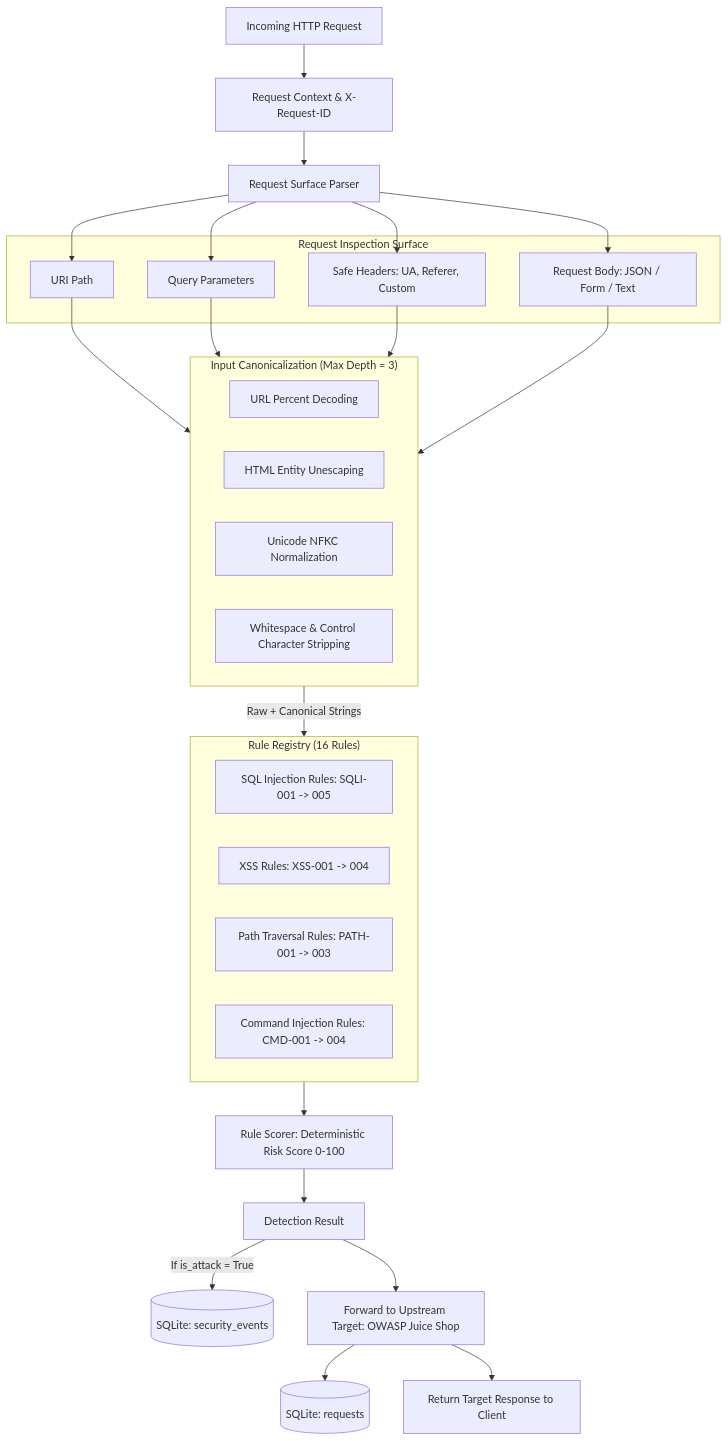
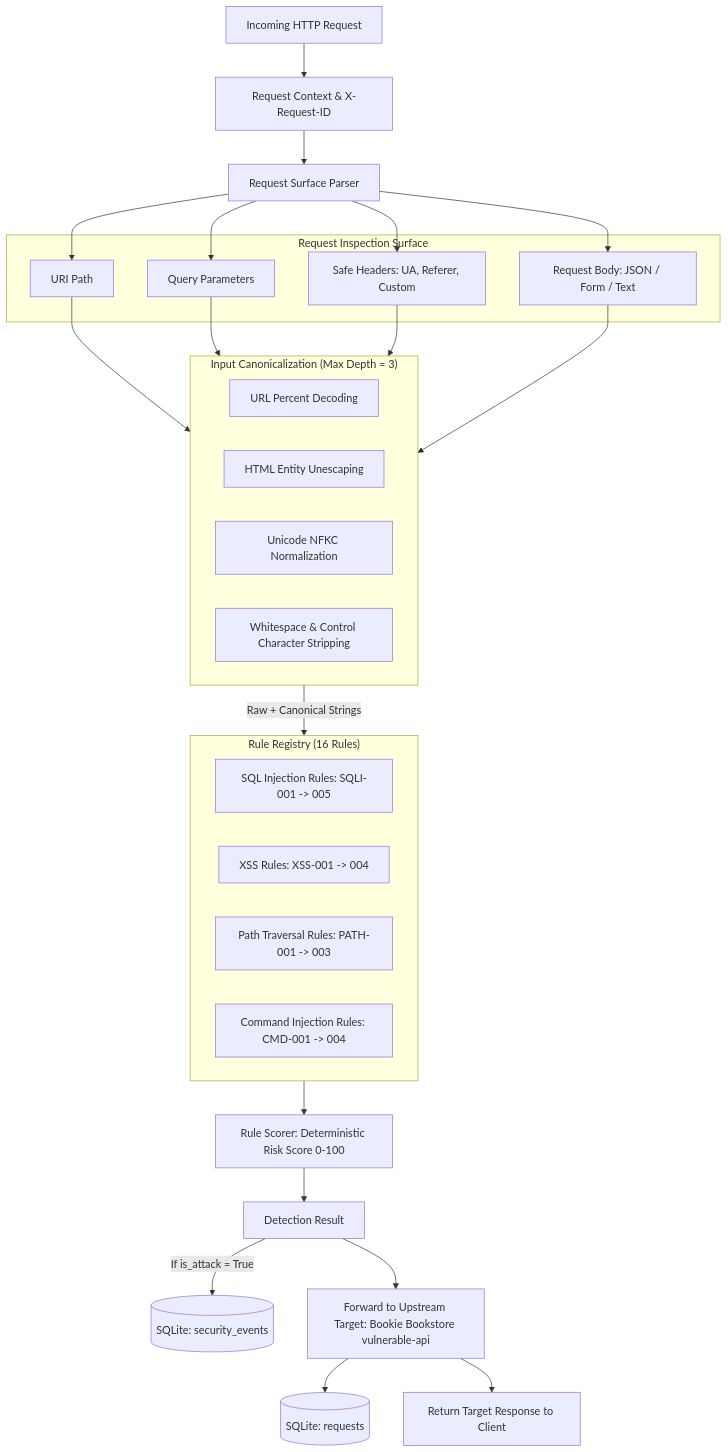
One commit to vcongggggg/pbl6 changed the diagram in docs/RULE_ENGINE.md. Above: the diagram before and after it, drawn with Mermaid. The commit also changed other lines of this file and 2 other files, not shown here.

Commit message:
docs(rules): add anti-drift, doc sync and service identity rules; clean legacy juice shop references

````diff
--- a/docs/RULE_ENGINE.md
+++ b/docs/RULE_ENGINE.md
@@ -18,40 +18,40 @@
 ```mermaid
 flowchart TD
     Req[Incoming HTTP Request] --> Ctx[Request Context & X-Request-ID]
     Ctx --> Parse[Request Surface Parser]
     
     subgraph Inspection_Surface["Request Inspection Surface"]
         P[URI Path]
         Q[Query Parameters]
         H[Safe Headers: UA, Referer, Custom]
         B[Request Body: JSON / Form / Text]
     end
     
     Parse --> P & Q & H & B
     
     subgraph Normalizer["Input Canonicalization (Max Depth = 3)"]
         N1[URL Percent Decoding]
         N2[HTML Entity Unescaping]
         N3[Unicode NFKC Normalization]
         N4[Whitespace & Control Character Stripping]
     end
     
     P & Q & H & B --> Normalizer
     
     subgraph Rule_Registry["Rule Registry (16 Rules)"]
         R1[SQL Injection Rules: SQLI-001 -> 005]
         R2[XSS Rules: XSS-001 -> 004]
         R3[Path Traversal Rules: PATH-001 -> 003]
         R4[Command Injection Rules: CMD-001 -> 004]
     end
     
     Normalizer -->|Raw + Canonical Strings| Rule_Registry
     
     Rule_Registry --> Scorer[Rule Scorer: Deterministic Risk Score 0-100]
     Scorer --> Decision[Detection Result]
     
     Decision -->|If is_attack = True| DB_Sec[(SQLite: security_events)]
-    Decision --> Proxy[Forward to Upstream Target: OWASP Juice Shop]
+    Decision --> Proxy[Forward to Upstream Target: Bookie Bookstore vulnerable-api]
     Proxy --> DB_Req[(SQLite: requests)]
     Proxy --> Client[Return Target Response to Client]
 ```
````
